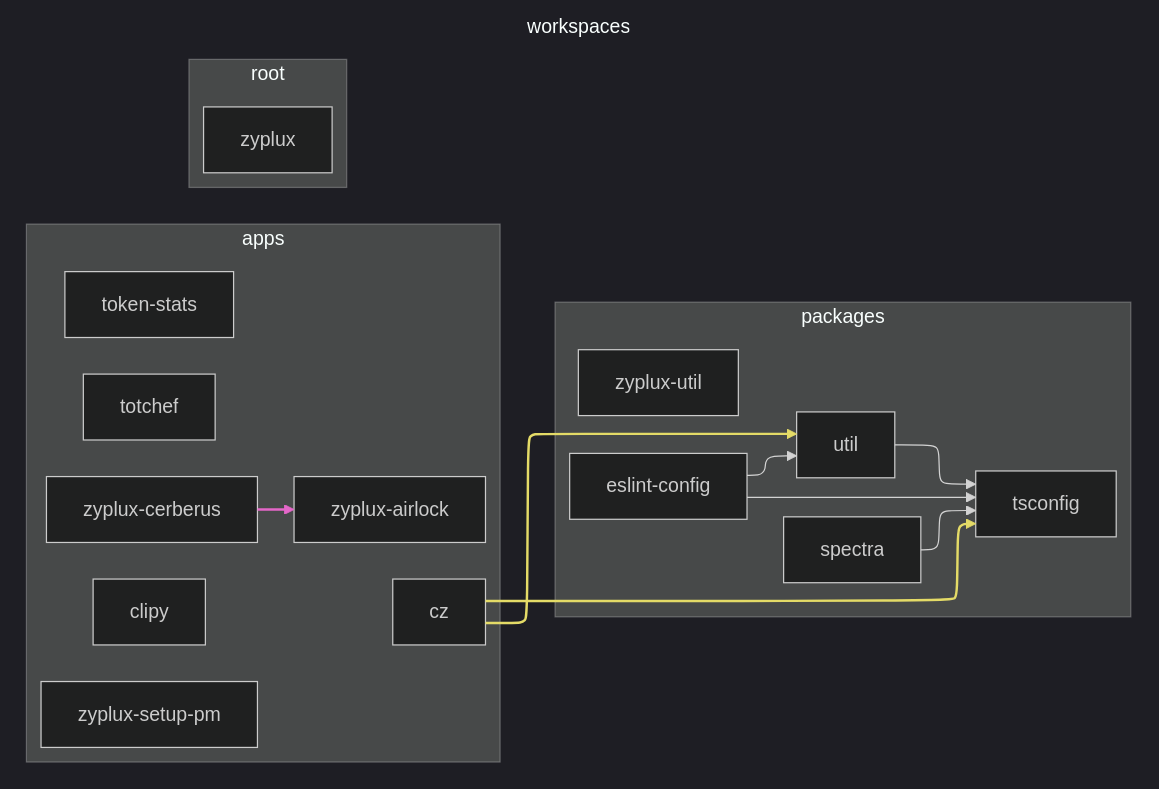
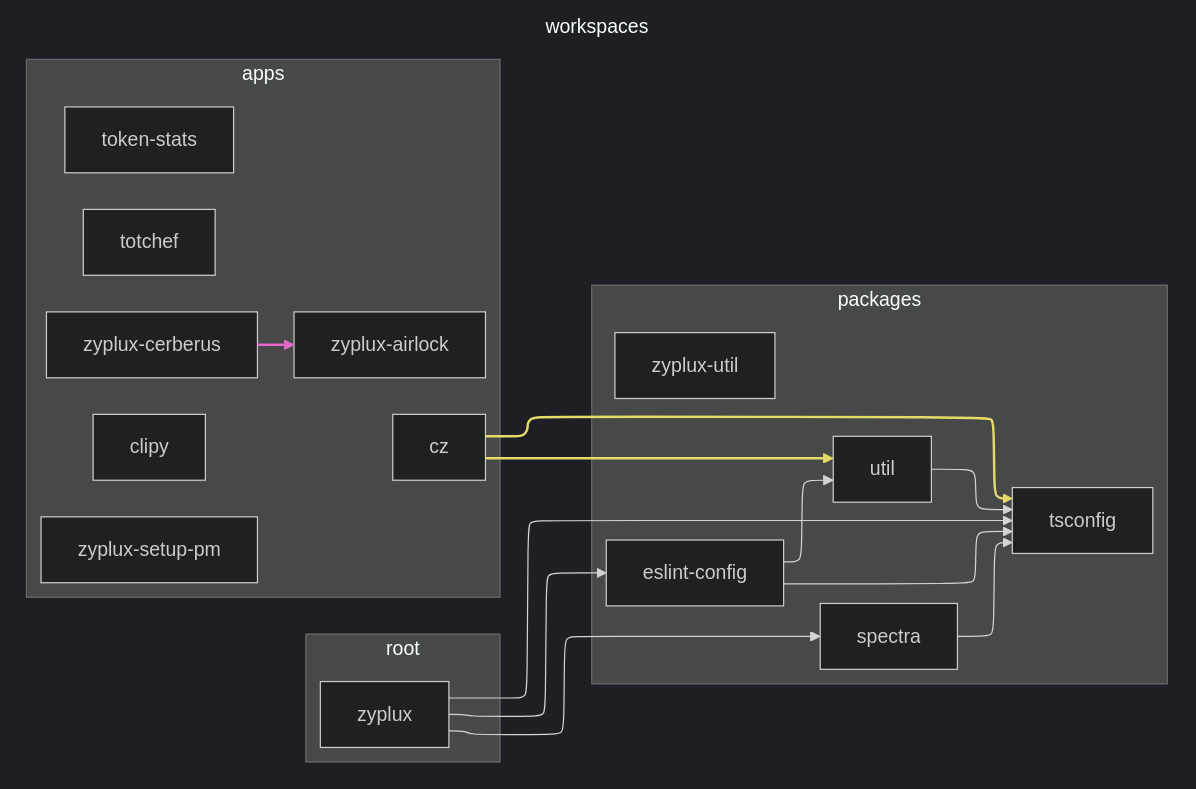
The diagram in WORKSPACE_GRAPH.md (zyplux/zyplux), drawn with Mermaid before and after one commit. The commit also changed 8 other files, not shown here.

````diff
--- a/WORKSPACE_GRAPH.md
+++ b/WORKSPACE_GRAPH.md
@@ -5,42 +5,45 @@
 ```mermaid
 ---
 config:
   theme: dark
   layout: elk
 ---
 flowchart LR
     subgraph workspaces
         subgraph group_0["apps"]
             ws_1["zyplux-setup-pm"]
             ws_2["zyplux-airlock"]
             ws_3["zyplux-cerberus"]
             ws_4["clipy"]
             ws_5["cz"]
             ws_6["token-stats"]
             ws_7["totchef"]
         end
         subgraph group_1["packages"]
             ws_8["eslint-config"]
             ws_9["spectra"]
             ws_10["tsconfig"]
             ws_11["util"]
             ws_12["zyplux-util"]
         end
         subgraph group_2["root"]
             ws_0["zyplux"]
         end
     end
+    ws_0 ws_0__ws_8@--> ws_8
+    ws_0 ws_0__ws_9@--> ws_9
+    ws_0 ws_0__ws_10@--> ws_10
     ws_3 ws_3__ws_2@--> ws_2
     classDef ws_3_edges stroke:#e467c9,stroke-width:2px
     class ws_3__ws_2 ws_3_edges
     ws_5 ws_5__ws_10@--> ws_10
     ws_5 ws_5__ws_11@--> ws_11
     classDef ws_5_edges stroke:#e4db67,stroke-width:2px
     class ws_5__ws_10,ws_5__ws_11 ws_5_edges
     ws_8 ws_8__ws_10@--> ws_10
     ws_8 ws_8__ws_11@--> ws_11
     ws_9 ws_9__ws_10@--> ws_10
     ws_11 ws_11__ws_10@--> ws_10
     classDef foundation fill:#2b2b2b,stroke:#888,stroke-dasharray:5 5
     style workspaces fill:transparent,stroke:none
 ```
````
